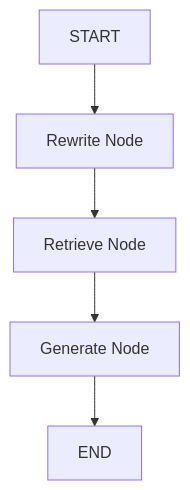
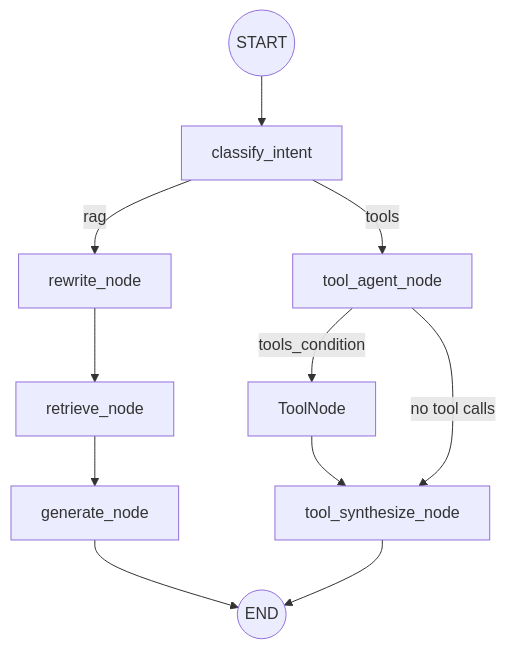
One commit to ts-31/AgentDesk changed the diagram in backend/docs/architecture.md. Above: the diagram before and after it, drawn with Mermaid. The commit also changed other lines of this file and 3 other files, not shown here.

First line of the commit message:
feat: upgrade LangGraph agent to hybrid architecture (RAG + Tools)

````diff
--- a/backend/docs/architecture.md
+++ b/backend/docs/architecture.md
@@ -11,7 +11,15 @@
 ```mermaid
 graph TD
-    A[START] --> B[Rewrite Node]
-    B --> C[Retrieve Node]
-    C --> D[Generate Node]
-    D --> E[END]
+    START((START)) --> classify[classify_intent]
+    
+    classify -- "rag" --> rewrite[rewrite_node]
+    rewrite --> retrieve[retrieve_node]
+    retrieve --> generate[generate_node]
+    generate --> END((END))
+    
+    classify -- "tools" --> tool_agent[tool_agent_node]
+    tool_agent -- "tools_condition" --> tools[ToolNode]
+    tools --> tool_synthesize[tool_synthesize_node]
+    tool_agent -- "no tool calls" --> tool_synthesize
+    tool_synthesize --> END
 ```
````
